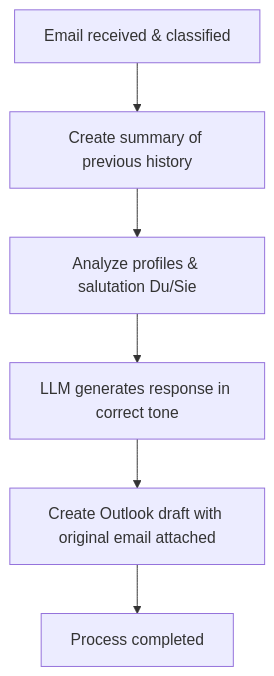
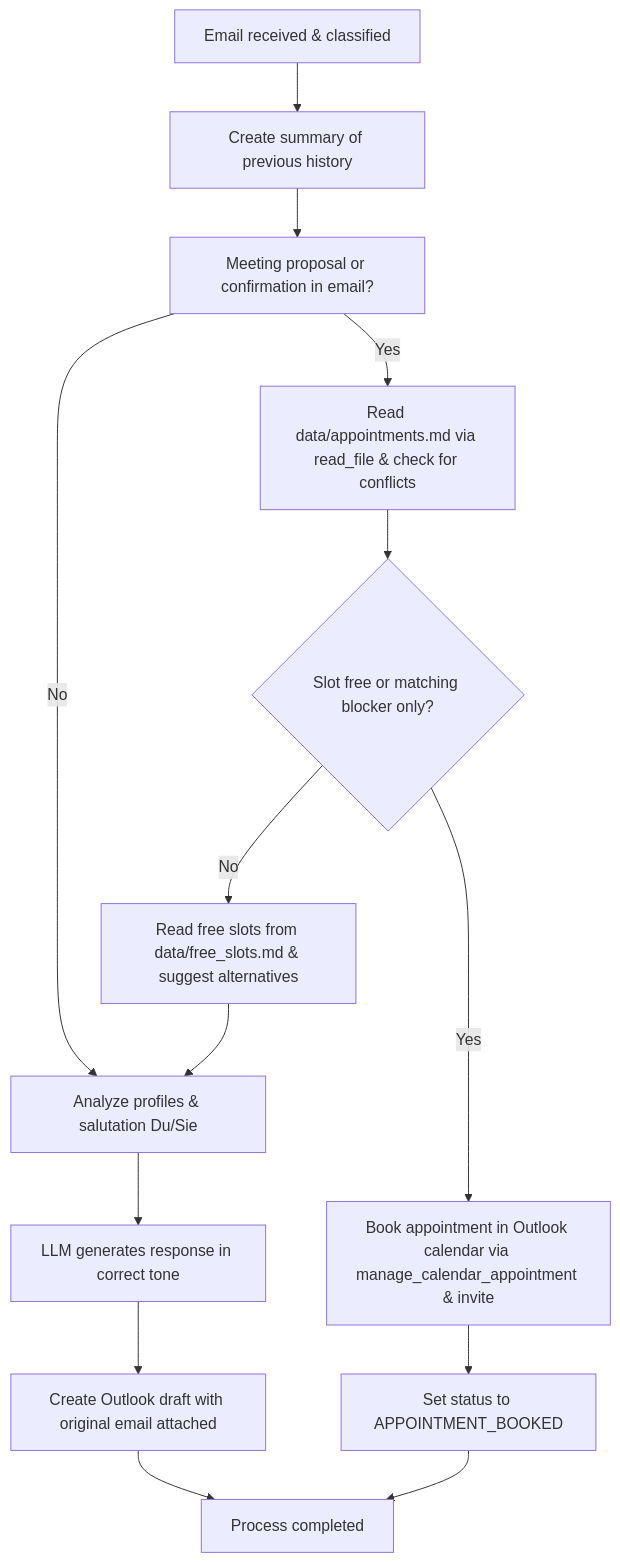
One commit to dgaida/academic-memory-mcp changed the diagram in docs/en/usage/actions/action-1-antwort-schreiben.md. Above: the diagram before and after it, drawn with Mermaid. The commit also changed other lines of this file and 14 other files, not shown here.

First line of the commit message:
feat: unify email reply actions and add intelligent calendar conflict checking

````diff
--- a/docs/en/usage/actions/action-1-antwort-schreiben.md
+++ b/docs/en/usage/actions/action-1-antwort-schreiben.md
@@ -19,8 +24,16 @@
 ```mermaid
 graph TD
     A[Email received & classified] --> B[Create summary of previous history]
-    B --> C[Analyze profiles & salutation Du/Sie]
-    C --> D[LLM generates response in correct tone]
-    D --> E[Create Outlook draft with original email attached]
-    E --> F[Process completed]
+    B --> C[Meeting proposal or confirmation in email?]
+    C -- Yes --> D[Read data/appointments.md via read_file & check for conflicts]
+    D --> E{Slot free or matching blocker only?}
+    E -- Yes --> F[Book appointment in Outlook calendar via manage_calendar_appointment & invite]
+    E -- No --> G[Read free slots from data/free_slots.md & suggest alternatives]
+    C -- No --> H[Analyze profiles & salutation Du/Sie]
+    F --> I[Set status to APPOINTMENT_BOOKED]
+    G --> H
+    H --> J[LLM generates response in correct tone]
+    J --> K[Create Outlook draft with original email attached]
+    K --> L[Process completed]
+    I --> L
 ```
````
